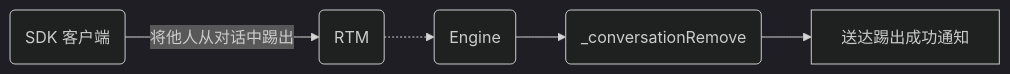
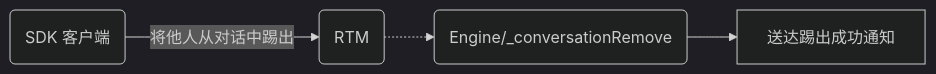
One commit to weakish/docs changed the fourth of 5 diagrams in views/realtime-guide-senior.md. Above: the diagram before and after it, drawn with Mermaid (dark theme). The commit also changed other lines of this file and 1 other file, not shown here.

````diff
--- a/views/realtime-guide-senior.md
+++ b/views/realtime-guide-senior.md
@@ -427,7 +420,6 @@
 ```mermaid
 graph LR
 A(SDK 客户端) -->| 将他人从对话中踢出|B(RTM)
-B -.-> C(Engine)
-C --> D(_conversationRemove)
-D --> E[送达踢出成功通知]
+B -.-> C(Engine/_conversationRemove)
+C --> E[送达踢出成功通知]
 ```
````
